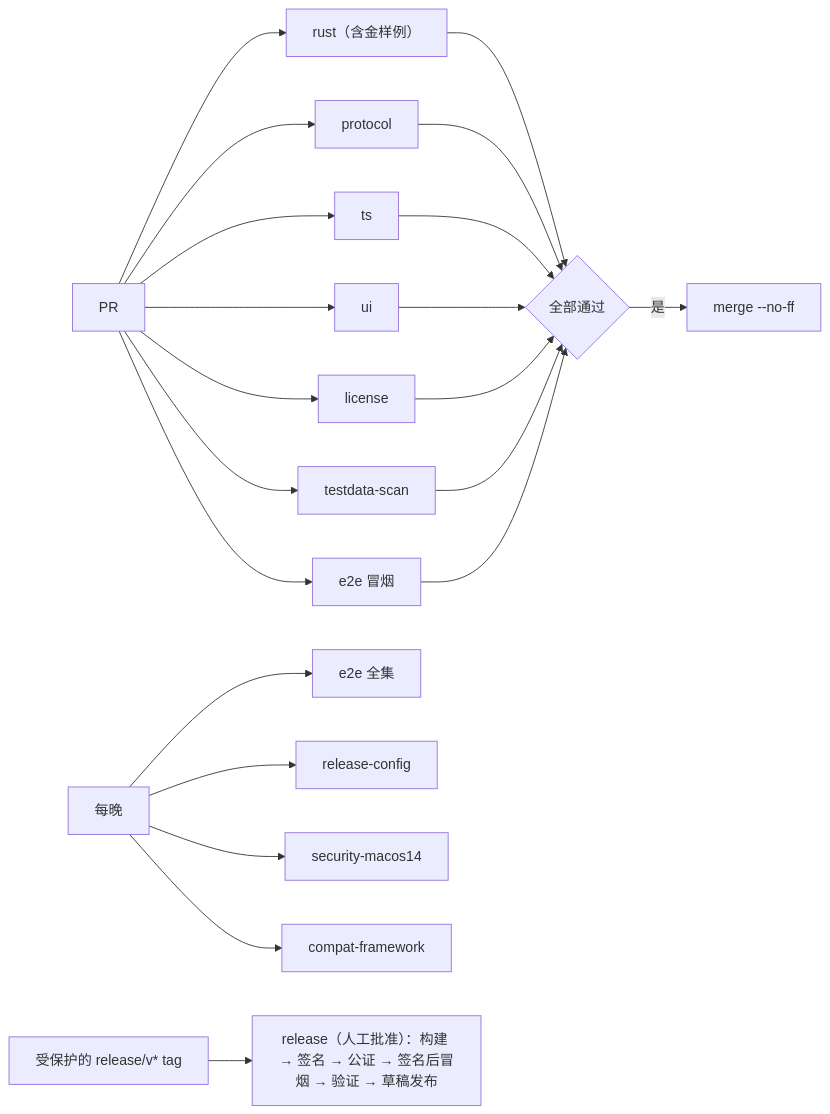
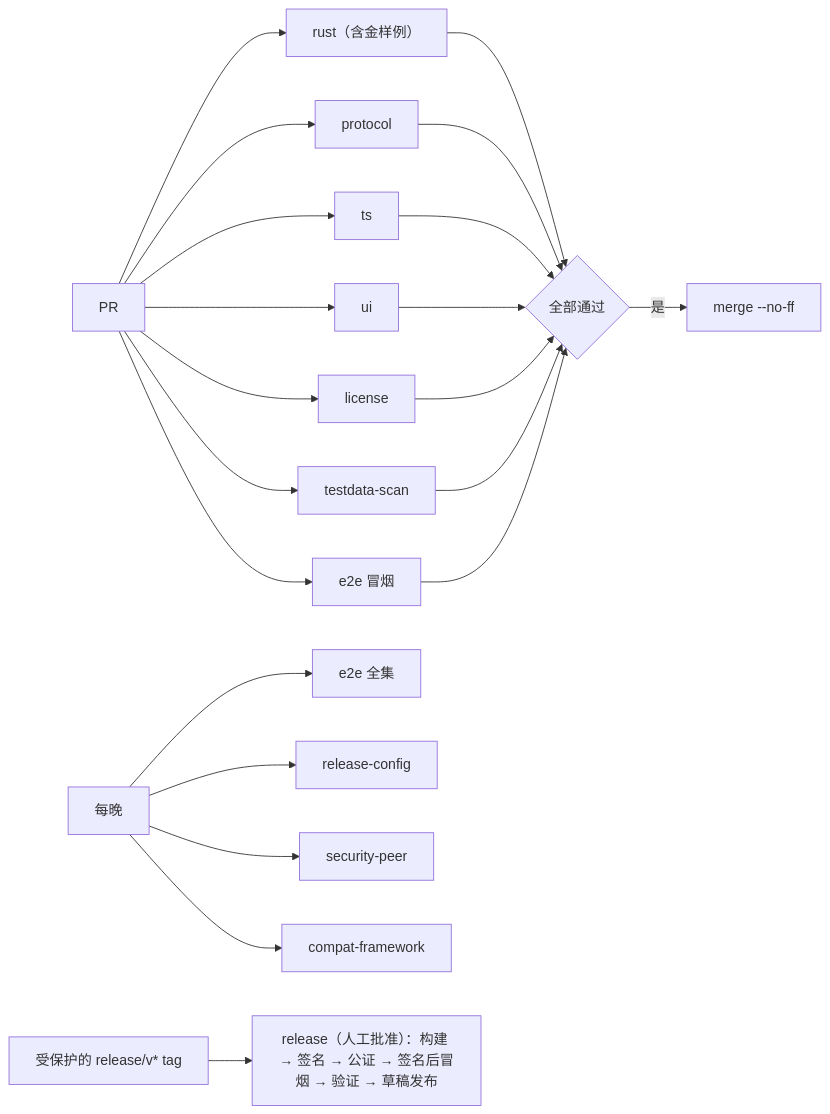
The diagram in docs/design/01-repo-build-ci.md (boris-w/cupper), drawn with Mermaid before and after one commit. The commit also changed other lines of this file and 9 other files, not shown here.

````diff
--- a/docs/design/01-repo-build-ci.md
+++ b/docs/design/01-repo-build-ci.md
@@ -149,8 +149,8 @@
 ```mermaid
 flowchart LR
   PR["PR"] --> R["rust（含金样例）"] & P["protocol"] & T["ts"] & U["ui"] & L["license"] & D["testdata-scan"] & E["e2e 冒烟"]
   R & P & T & U & L & D & E --> M{"全部通过"}
   M -->|是| MERGE["merge --no-ff"]
-  NIGHT["每晚"] --> E2["e2e 全集"] & RC["release-config"] & S14["security-macos14"] & CF["compat-framework"]
+  NIGHT["每晚"] --> E2["e2e 全集"] & RC["release-config"] & S14["security-peer"] & CF["compat-framework"]
   TAG["受保护的 release/v* tag"] --> REL["release（人工批准）：构建 → 签名 → 公证 → 签名后冒烟 → 验证 → 草稿发布"]
 ```
````
